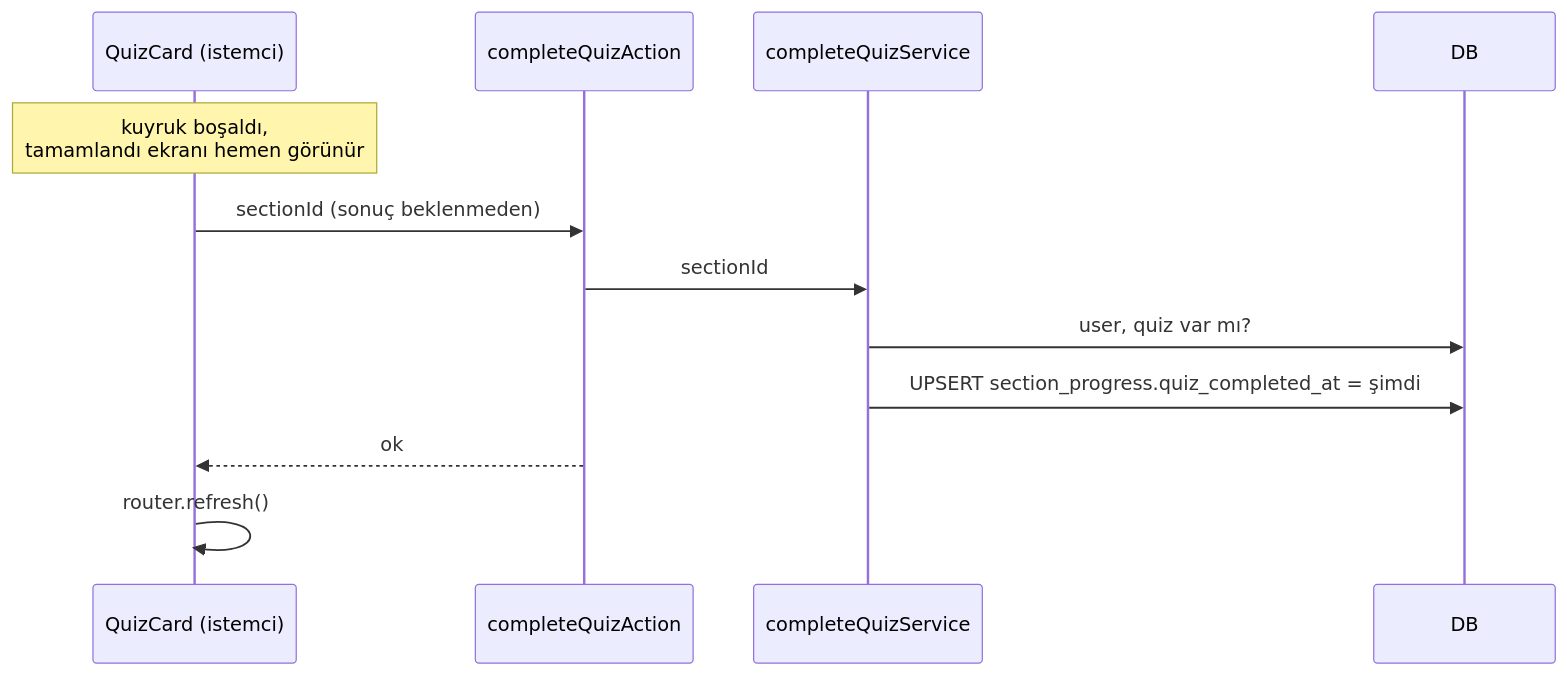
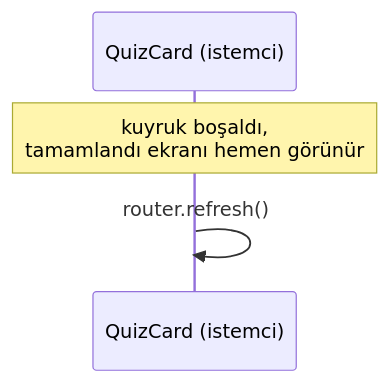
The fifth of 5 diagrams in docs/flows/quiz-answer.md (emirsalihgmrk/scedulai), drawn with Mermaid before and after one commit. The commit also changed other lines of this file and 11 other files, not shown here.

First line of the commit message:
fix(quiz): let the server mark the quiz complete from the grades

````diff
--- a/docs/flows/quiz-answer.md
+++ b/docs/flows/quiz-answer.md
@@ -202,15 +231,7 @@
 ```mermaid
 sequenceDiagram
   participant QC as QuizCard (istemci)
-  participant A as completeQuizAction
-  participant S as completeQuizService
-  participant DB
 
   Note over QC: kuyruk boşaldı,<br/>tamamlandı ekranı hemen görünür
-  QC->>A: sectionId (sonuç beklenmeden)
-  A->>S: sectionId
-  S->>DB: user, quiz var mı?
-  S->>DB: UPSERT section_progress.quiz_completed_at = şimdi
-  A-->>QC: ok
   QC->>QC: router.refresh()
 ```
````
